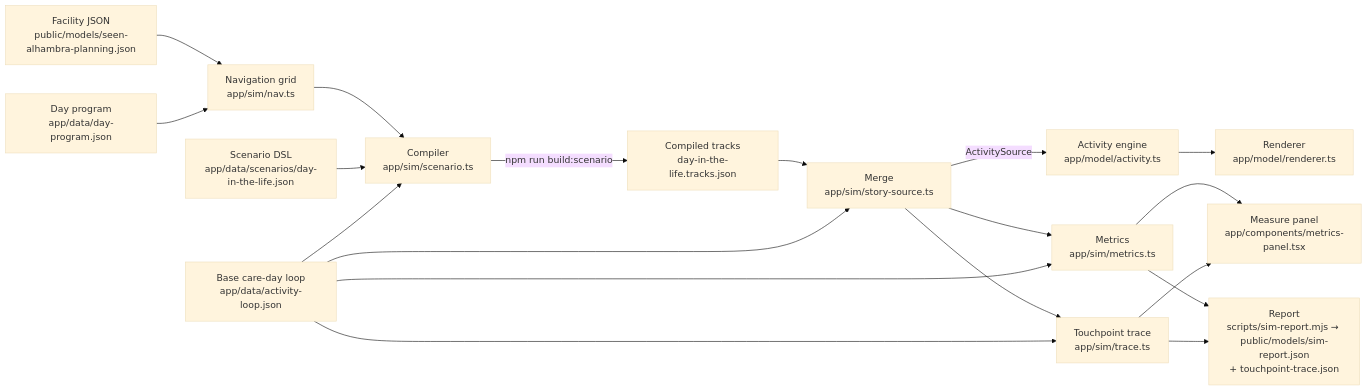
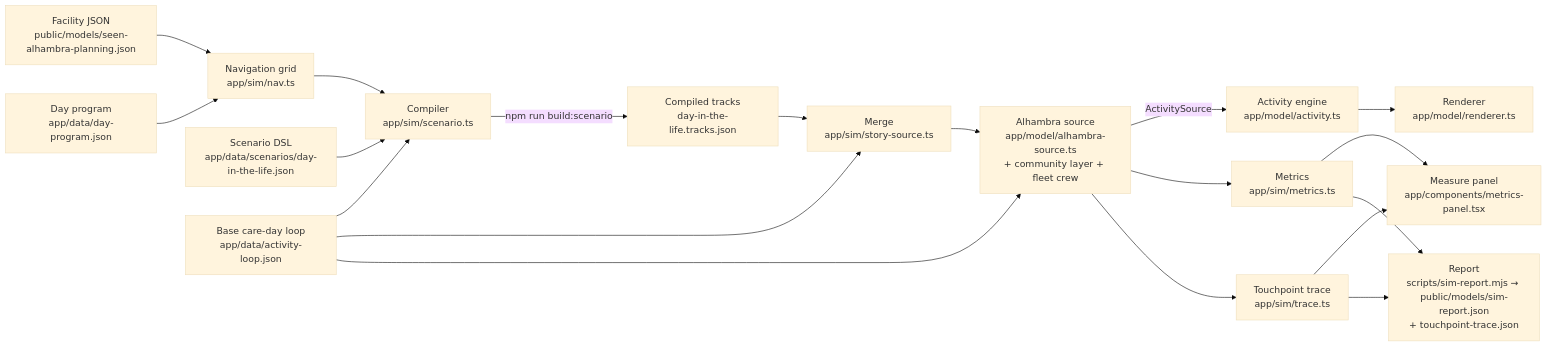
The diagram in docs/SIMULATION.md (seenhealth/seen-health-facility), drawn with Mermaid (base theme) before and after one commit. The commit also changed other lines of this file and 3 other files, not shown here.

````diff
--- a/docs/SIMULATION.md
+++ b/docs/SIMULATION.md
@@ -13,36 +13,37 @@
 ```mermaid
 flowchart LR
   F[Facility JSON<br/>public/models/seen-alhambra-planning.json]
   P[Day program<br/>app/data/day-program.json]
   N[Navigation grid<br/>app/sim/nav.ts]
   S[Scenario DSL<br/>app/data/scenarios/day-in-the-life.json]
   B[Base care-day loop<br/>app/data/activity-loop.json]
   C[Compiler<br/>app/sim/scenario.ts]
   T[Compiled tracks<br/>day-in-the-life.tracks.json]
   M[Merge<br/>app/sim/story-source.ts]
+  A[Alhambra source<br/>app/model/alhambra-source.ts<br/>+ community layer + fleet crew]
   E[Activity engine<br/>app/model/activity.ts]
   R[Renderer<br/>app/model/renderer.ts]
   X[Metrics<br/>app/sim/metrics.ts]
   W[Touchpoint trace<br/>app/sim/trace.ts]
   U[Measure panel<br/>app/components/metrics-panel.tsx]
   J[Report<br/>scripts/sim-report.mjs → public/models/sim-report.json<br/>+ touchpoint-trace.json]
 
   F --> N
   P --> N
   N --> C
   S --> C
   B --> C
   C -->|npm run build:scenario| T
   T --> M
   B --> M
-  M -->|ActivitySource| E
+  B --> A
+  M --> A
+  A -->|ActivitySource| E
   E --> R
-  M --> X
-  B --> X
+  A --> X
   X --> U
   X --> J
-  M --> W
-  B --> W
+  A --> W
   W --> U
   W --> J
 ```
````
